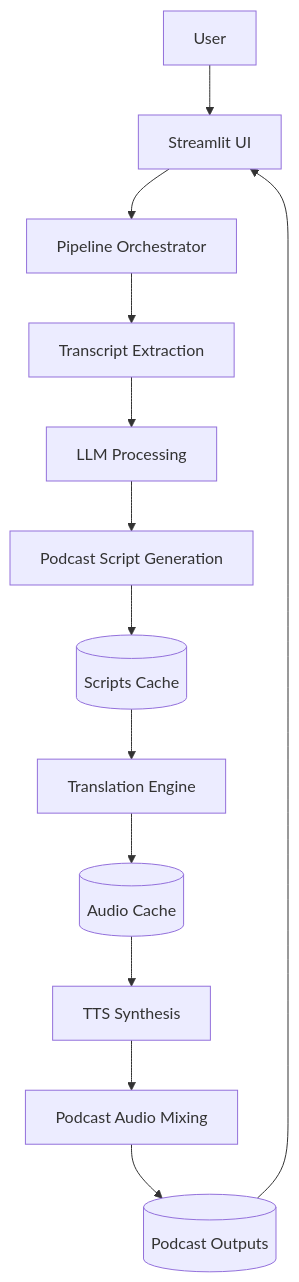
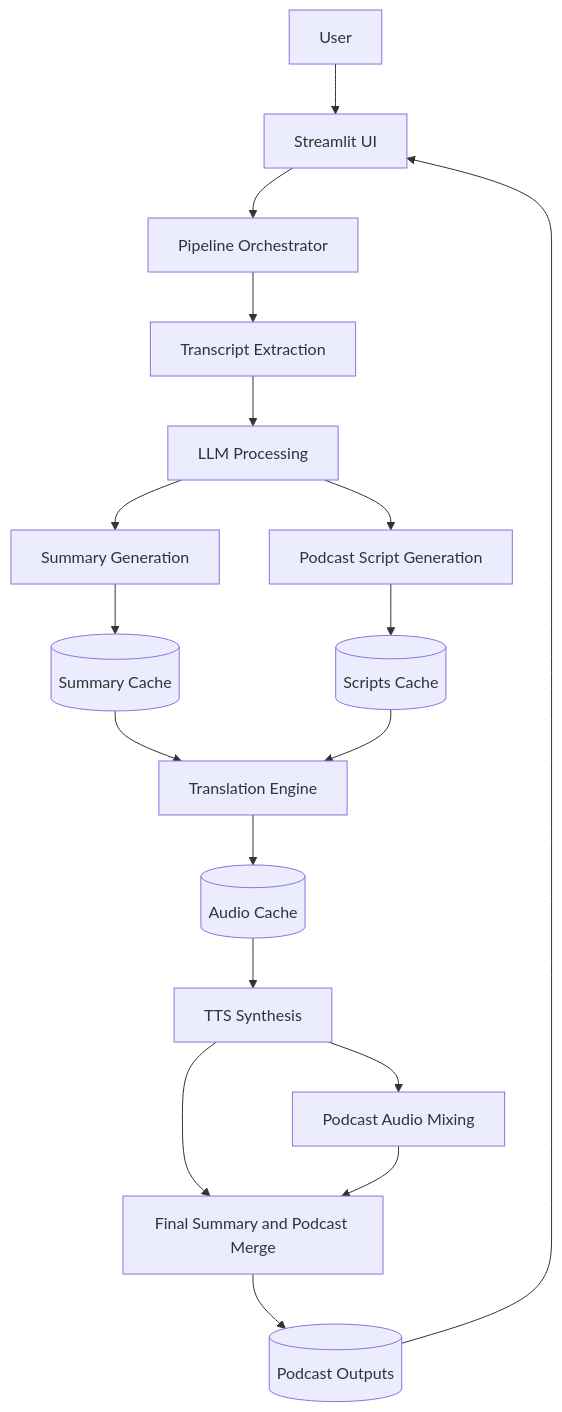
One commit to sahaniom/Podcast-Generator changed the fourth of 5 diagrams in docs/5_dfd.md. Above: the diagram before and after it, drawn with Mermaid. The commit also changed other lines of this file and 4 other files, not shown here.

````diff
--- a/docs/5_dfd.md
+++ b/docs/5_dfd.md
@@ -161,50 +174,58 @@
 ```mermaid
 flowchart TD
 
     %% USER
     U[User]
 
     %% UI
     UI[Streamlit UI]
 
     %% MAIN
     M[Pipeline Orchestrator]
 
     %% STORAGE
     SCRIPTS[(Scripts Cache)]
+    SUMMARY[(Summary Cache)]
     AUDIO[(Audio Cache)]
     OUTPUTS[(Podcast Outputs)]
 
     %% PROCESSING
     T[Transcript Extraction]
     LLM[LLM Processing]
+    SUM[Summary Generation]
     GEN[Podcast Script Generation]
     TRANS[Translation Engine]
     TTS[TTS Synthesis]
     MIX[Podcast Audio Mixing]
+    MERGE[Final Summary and Podcast Merge]
 
     %% FLOW
     U --> UI
 
     UI --> M
 
     M --> T
 
     T --> LLM
 
+    LLM --> SUM
     LLM --> GEN
 
+    SUM --> SUMMARY
     GEN --> SCRIPTS
 
+    SUMMARY --> TRANS
     SCRIPTS --> TRANS
 
     TRANS --> AUDIO
 
     AUDIO --> TTS
 
     TTS --> MIX
+    TTS --> MERGE
+    MIX --> MERGE
 
-    MIX --> OUTPUTS
+    MERGE --> OUTPUTS
 
     OUTPUTS --> UI
 ```
````
